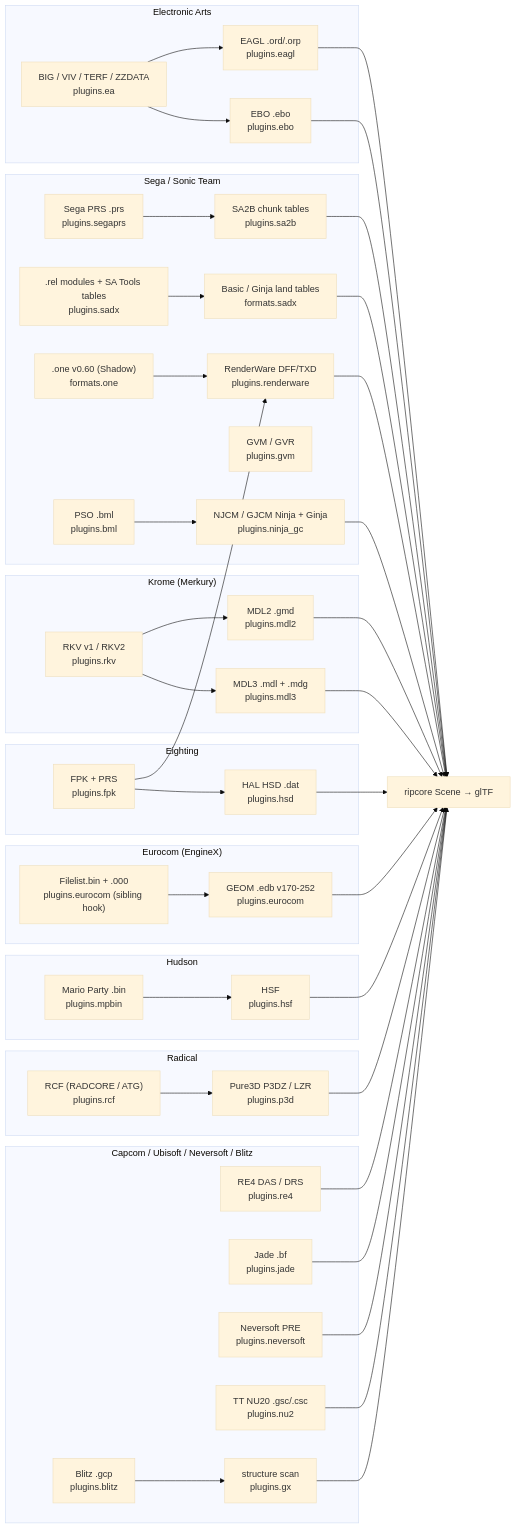
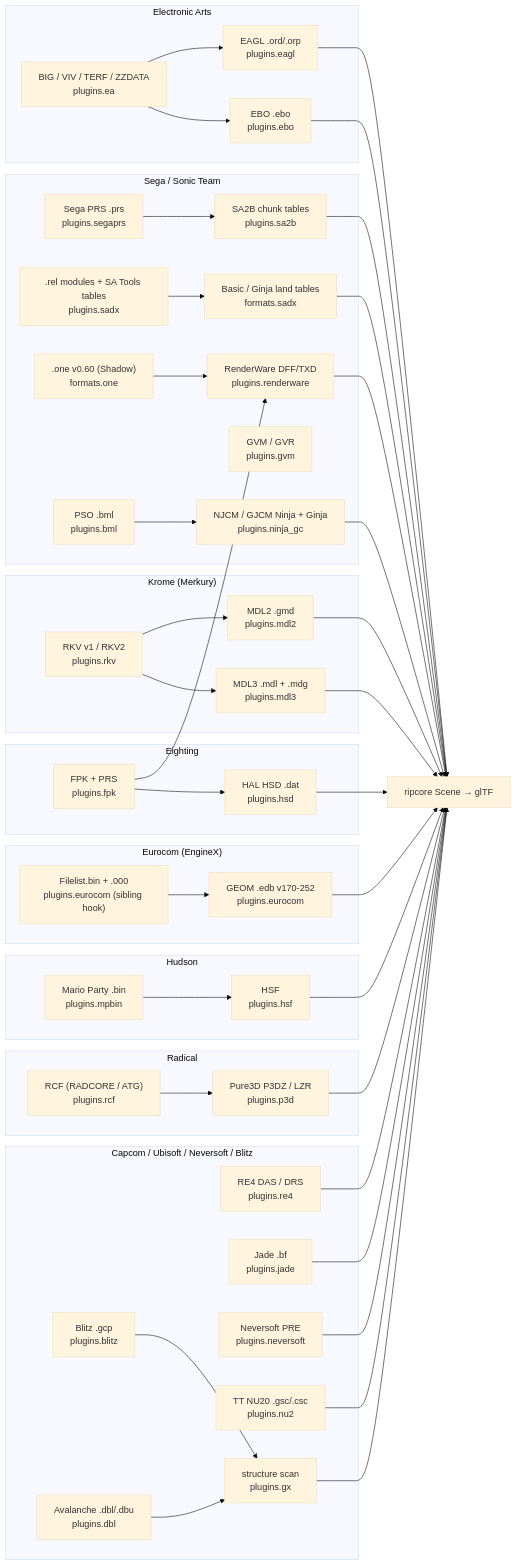
One commit to Felbs/3d-ripper-9000 changed the eighth of 9 diagrams in docs/PIPELINE.md. Above: the diagram before and after it, drawn with Mermaid (base theme). The commit also changed 2 other files, not shown here.

Commit message:
docs: Avalanche DBL container + GX stream findings
Claude-Session: https://claude.ai/code/session_01Nn5dgr3XQbsu13Q42GiaU3

````diff
--- a/docs/PIPELINE.md
+++ b/docs/PIPELINE.md
@@ -173,39 +173,40 @@
 ```mermaid
 flowchart LR
     subgraph EA["Electronic Arts"]
         BIG["BIG / VIV / TERF / ZZDATA<br/>plugins.ea"] --> EAGL["EAGL .ord/.orp<br/>plugins.eagl"]
         BIG --> EBO["EBO .ebo<br/>plugins.ebo"]
     end
     subgraph SEGA["Sega / Sonic Team"]
         PRS["Sega PRS .prs<br/>plugins.segaprs"] --> SA2B["SA2B chunk tables<br/>plugins.sa2b"]
         ONE[".one v0.60 (Shadow)<br/>formats.one"] --> RW["RenderWare DFF/TXD<br/>plugins.renderware"]
         BML["PSO .bml<br/>plugins.bml"] --> NJ["NJCM / GJCM Ninja + Ginja<br/>plugins.ninja_gc"]
         GVM["GVM / GVR<br/>plugins.gvm"]
         REL[".rel modules + SA Tools tables<br/>plugins.sadx"] --> SADX["Basic / Ginja land tables<br/>formats.sadx"]
     end
     subgraph KROME["Krome (Merkury)"]
         RKV["RKV v1 / RKV2<br/>plugins.rkv"] --> MDL2["MDL2 .gmd<br/>plugins.mdl2"]
         RKV --> MDL3["MDL3 .mdl + .mdg<br/>plugins.mdl3"]
     end
     subgraph EIGHT["Eighting"]
         FPK["FPK + PRS<br/>plugins.fpk"] --> HSD["HAL HSD .dat<br/>plugins.hsd"]
         FPK --> RW
     end
     subgraph EURO["Eurocom (EngineX)"]
         FL["Filelist.bin + .000<br/>plugins.eurocom (sibling hook)"] --> EDB["GEOM .edb v170-252<br/>plugins.eurocom"]
     end
     subgraph HUDSON["Hudson"]
         MPB["Mario Party .bin<br/>plugins.mpbin"] --> HSF["HSF<br/>plugins.hsf"]
     end
     subgraph RADICAL["Radical"]
         RCF["RCF (RADCORE / ATG)<br/>plugins.rcf"] --> P3D["Pure3D P3DZ / LZR<br/>plugins.p3d"]
     end
     subgraph OTHER["Capcom / Ubisoft / Neversoft / Blitz"]
         DAS["RE4 DAS / DRS<br/>plugins.re4"]
         BF["Jade .bf<br/>plugins.jade"]
         PRE["Neversoft PRE<br/>plugins.neversoft"]
         GCP["Blitz .gcp<br/>plugins.blitz"] --> GX["structure scan<br/>plugins.gx"]
         NU2["TT NU20 .gsc/.csc<br/>plugins.nu2"]
+        DBL["Avalanche .dbl/.dbu<br/>plugins.dbl"] --> GX
     end
     EAGL & EBO & SA2B & SADX & RW & NJ & MDL2 & MDL3 & HSD & EDB & HSF & P3D & DAS & BF & PRE & NU2 & GX --> SCENE["ripcore Scene → glTF"]
 ```
````
